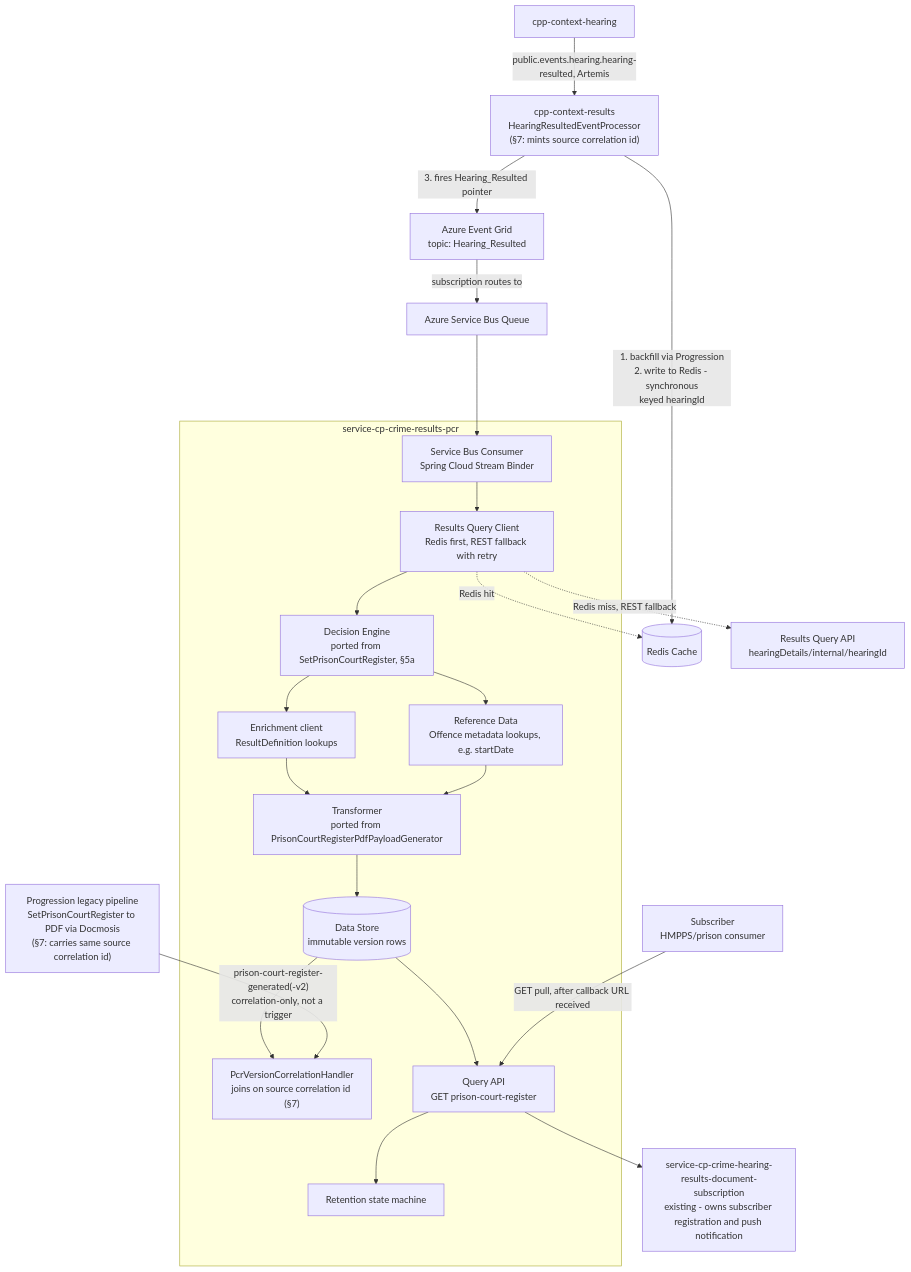
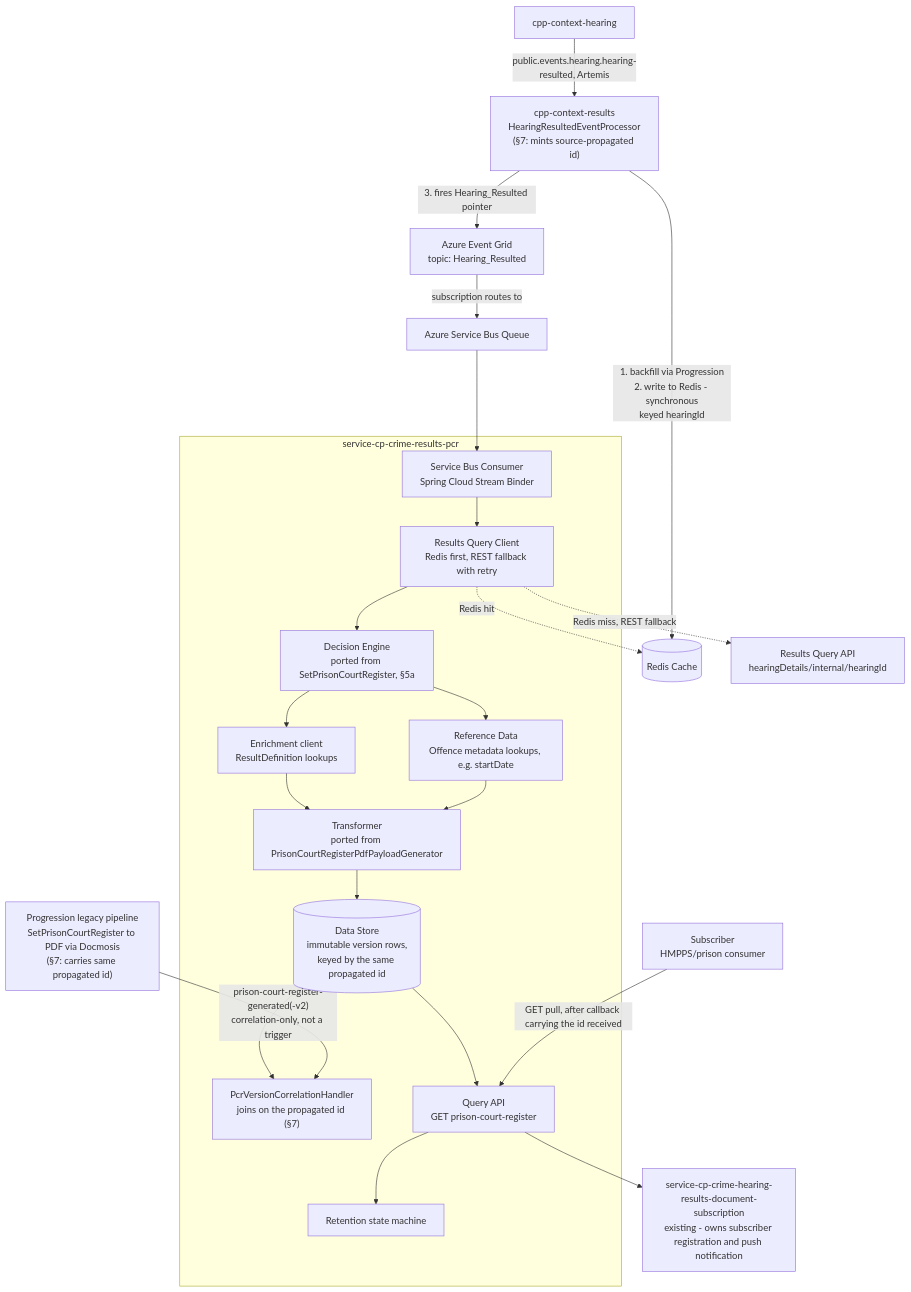
Before and after one commit to hmcts/service-cp-crime-results-pcr: the first of 3 diagrams in docs/2026-07-16-pcr-api-marketplace-design-v2.md, drawn with Mermaid. The commit also changed other lines of this file, not shown here.

First line of the commit message:
docs: drop PCR versionStatus enum, keep the correlation handler and materialId

````diff
--- a/docs/2026-07-16-pcr-api-marketplace-design-v2.md
+++ b/docs/2026-07-16-pcr-api-marketplace-design-v2.md
@@ -31,30 +31,30 @@
 ```mermaid
 flowchart TB
-    Hearing["cpp-context-hearing"] -->|"public.events.hearing.hearing-resulted, Artemis"| Results["cpp-context-results<br/>HearingResultedEventProcessor<br/>(§7: mints source correlation id)"]
+    Hearing["cpp-context-hearing"] -->|"public.events.hearing.hearing-resulted, Artemis"| Results["cpp-context-results<br/>HearingResultedEventProcessor<br/>(§7: mints source-propagated id)"]
     Results -->|"1. backfill via Progression<br/>2. write to Redis - synchronous<br/>keyed hearingId"| Redis[("Redis Cache")]
     Results -->|"3. fires Hearing_Resulted pointer"| Grid["Azure Event Grid<br/>topic: Hearing_Resulted"]
     Grid -->|"subscription routes to"| Bus["Azure Service Bus Queue"]
     Bus --> Consumer
 
     subgraph PCR["service-cp-crime-results-pcr"]
         Consumer["Service Bus Consumer<br/>Spring Cloud Stream Binder"] --> Query["Results Query Client<br/>Redis first, REST fallback with retry"]
         Query --> Decision["Decision Engine<br/>ported from SetPrisonCourtRegister, §5a"]
         Decision --> Enrich["Enrichment client<br/>ResultDefinition lookups"]
         Decision --> OffenceMeta["Reference Data<br/>Offence metadata lookups, e.g. startDate"]
         Enrich --> Transform["Transformer<br/>ported from PrisonCourtRegisterPdfPayloadGenerator"]
         OffenceMeta --> Transform
-        Transform --> Store[("Data Store<br/>immutable version rows")]
-        Store --> Correlator["PcrVersionCorrelationHandler<br/>joins on source correlation id (§7)"]
+        Transform --> Store[("Data Store<br/>immutable version rows,<br/>keyed by the same propagated id")]
+        Store --> Correlator["PcrVersionCorrelationHandler<br/>joins on the propagated id (§7)"]
         Store --> API["Query API<br/>GET prison-court-register"]
         API --> Retention["Retention state machine"]
     end
 
     Query -.->|"Redis hit"| Redis
     Query -.->|"Redis miss, REST fallback"| ResultsAPI["Results Query API<br/>hearingDetails/internal/hearingId"]
 
-    Progression["Progression legacy pipeline<br/>SetPrisonCourtRegister to PDF via Docmosis<br/>(§7: carries same source correlation id)"] -->|"prison-court-register-generated(-v2)<br/>correlation-only, not a trigger"| Correlator
+    Progression["Progression legacy pipeline<br/>SetPrisonCourtRegister to PDF via Docmosis<br/>(§7: carries same propagated id)"] -->|"prison-court-register-generated(-v2)<br/>correlation-only, not a trigger"| Correlator
 
     API --> Subscription["service-cp-crime-hearing-results-document-subscription<br/>existing - owns subscriber registration and push notification"]
 
-    Subscriber["Subscriber<br/>HMPPS/prison consumer"] -->|"GET pull, after callback URL received"| API
+    Subscriber["Subscriber<br/>HMPPS/prison consumer"] -->|"GET pull, after callback carrying the id received"| API
 ```
````
